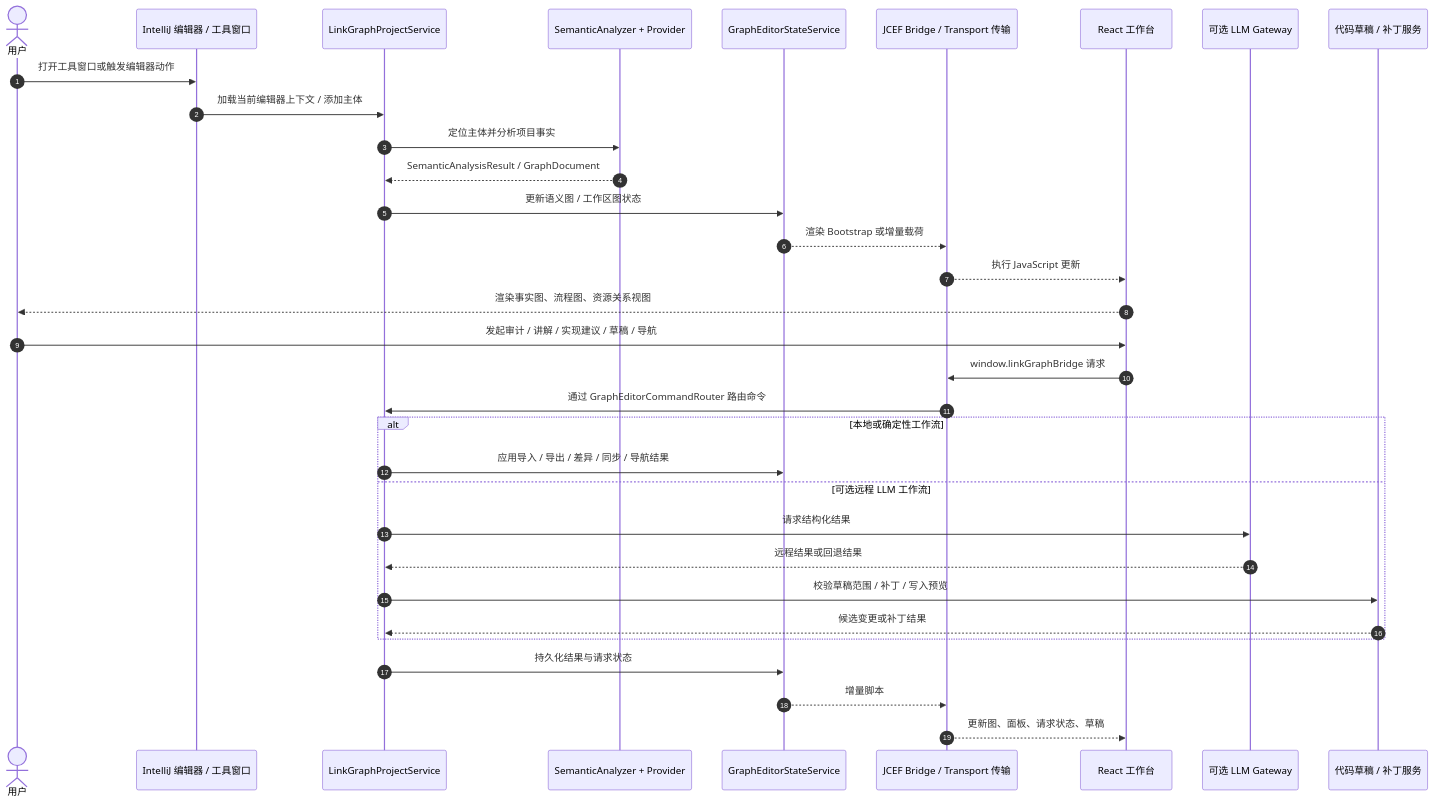
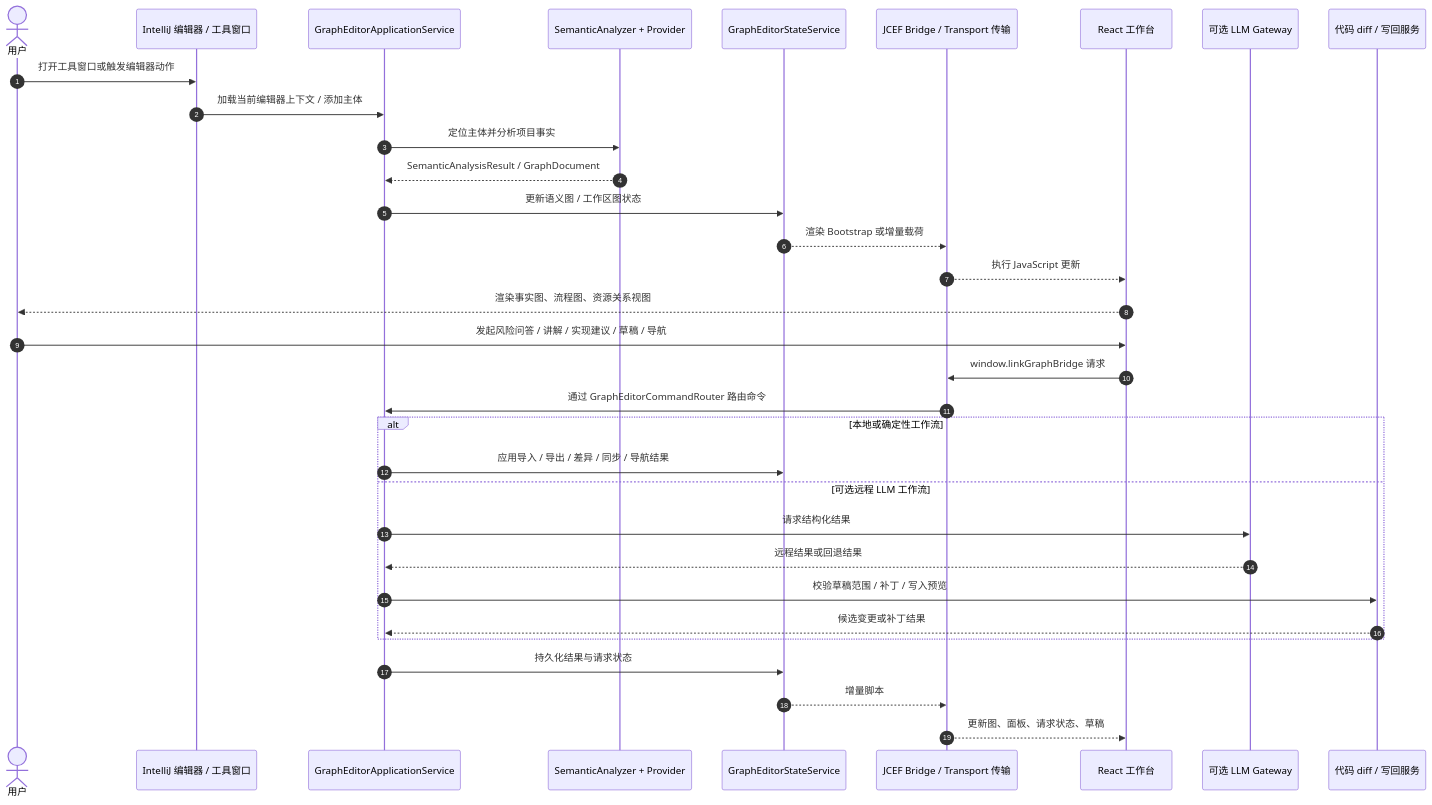
The diagram in docs/diagrams/src/link-graph-runtime-flow.mmd (CharmNight/link-graph), drawn with Mermaid before and after one commit. The commit also changed 421 other files, not shown here.

```diff
--- a/docs/diagrams/src/link-graph-runtime-flow.mmd
+++ b/docs/diagrams/src/link-graph-runtime-flow.mmd
@@ -1,37 +1,37 @@
 sequenceDiagram
   autonumber
   actor 用户
   participant IDE as IntelliJ 编辑器 / 工具窗口
-  participant PS as LinkGraphProjectService
+  participant PS as GraphEditorApplicationService
   participant SA as SemanticAnalyzer + Provider
   participant State as GraphEditorStateService
   participant Bridge as JCEF Bridge / Transport 传输
   participant UI as React 工作台
   participant LLM as 可选 LLM Gateway
-  participant Code as 代码草稿 / 补丁服务
+  participant Code as 代码 diff / 写回服务
 
   用户->>IDE: 打开工具窗口或触发编辑器动作
   IDE->>PS: 加载当前编辑器上下文 / 添加主体
   PS->>SA: 定位主体并分析项目事实
   SA-->>PS: SemanticAnalysisResult / GraphDocument
   PS->>State: 更新语义图 / 工作区图状态
   State-->>Bridge: 渲染 Bootstrap 或增量载荷
   Bridge-->>UI: 执行 JavaScript 更新
   UI-->>用户: 渲染事实图、流程图、资源关系视图
 
-  用户->>UI: 发起审计 / 讲解 / 实现建议 / 草稿 / 导航
+  用户->>UI: 发起风险问答 / 讲解 / 实现建议 / 草稿 / 导航
   UI->>Bridge: window.linkGraphBridge 请求
   Bridge->>PS: 通过 GraphEditorCommandRouter 路由命令
 
   alt 本地或确定性工作流
     PS->>State: 应用导入 / 导出 / 差异 / 同步 / 导航结果
   else 可选远程 LLM 工作流
     PS->>LLM: 请求结构化结果
     LLM-->>PS: 远程结果或回退结果
     PS->>Code: 校验草稿范围 / 补丁 / 写入预览
     Code-->>PS: 候选变更或补丁结果
   end
 
   PS->>State: 持久化结果与请求状态
   State-->>Bridge: 增量脚本
   Bridge-->>UI: 更新图、面板、请求状态、草稿
```
